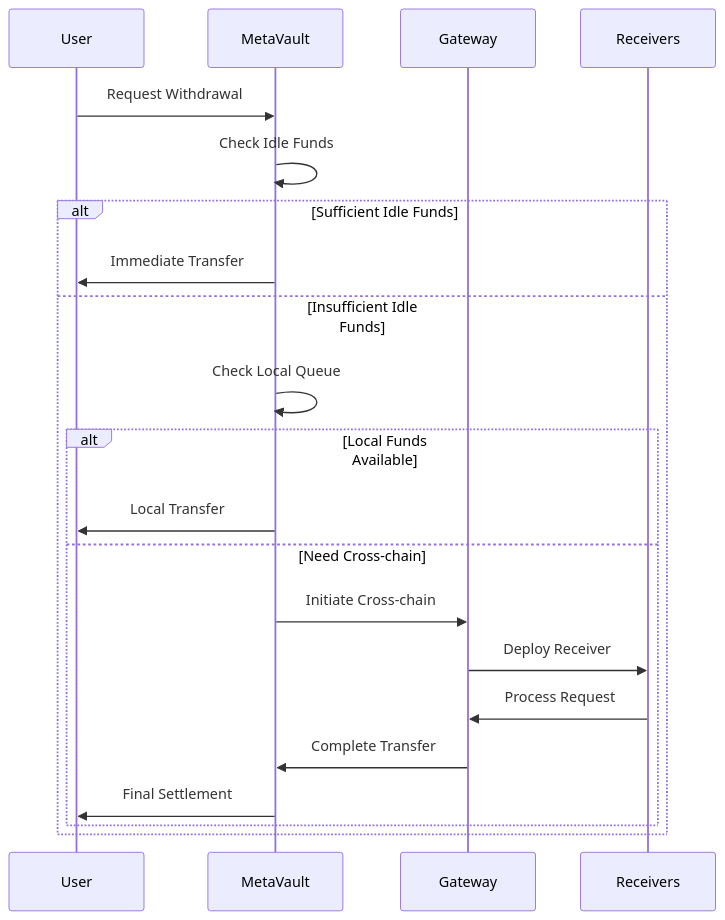
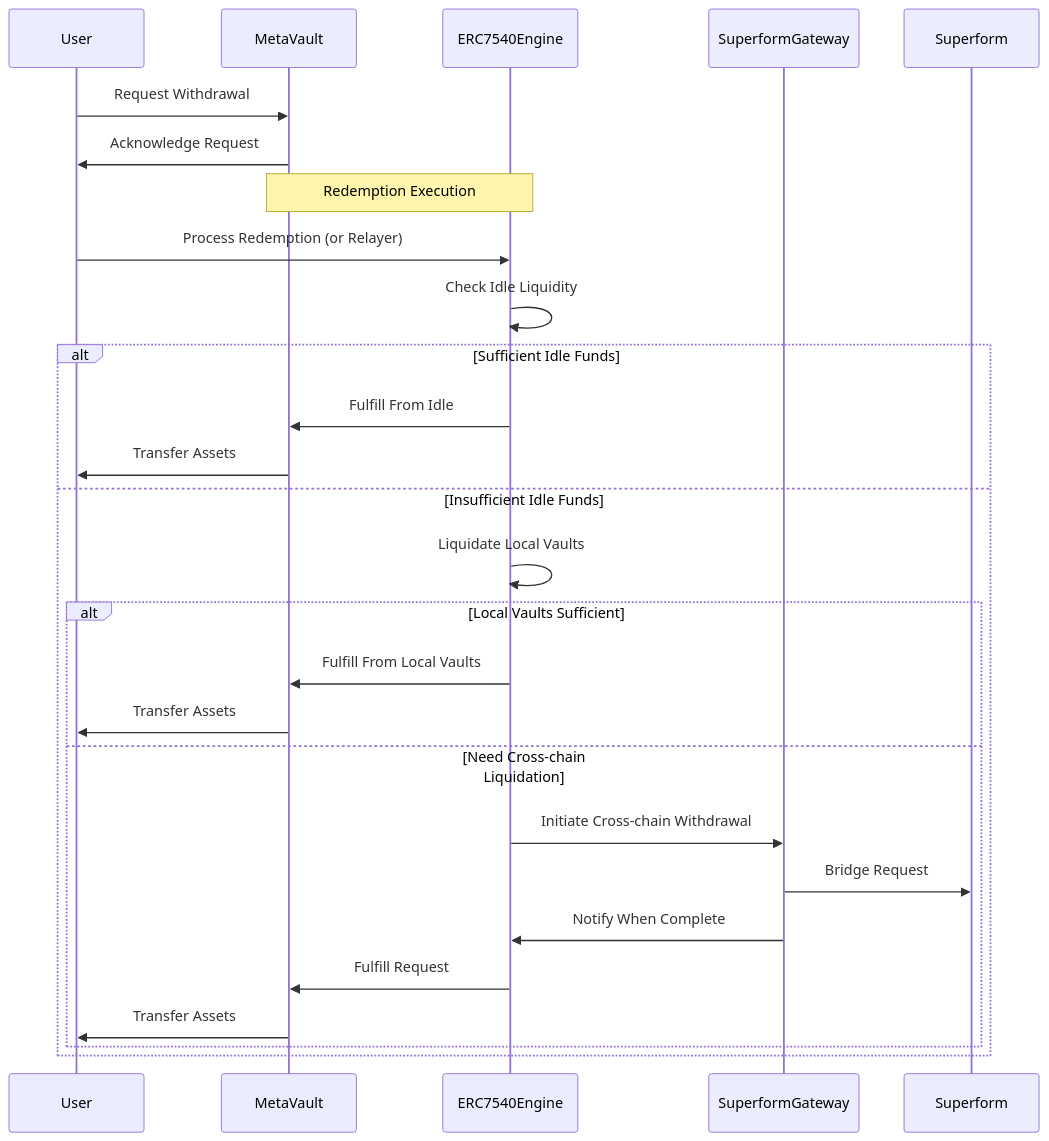
Before and after one commit to VerisLabs/metavault: the second of 2 diagrams in README.md, drawn with Mermaid. The commit also changed other lines of this file and 18 other files, not shown here.

````diff
--- a/README.md
+++ b/README.md
@@ -140,24 +84,32 @@
 ```mermaid
 sequenceDiagram
     participant User
     participant MetaVault
-    participant Gateway
-    participant Receivers
-
+    participant Engine as ERC7540Engine
+    participant Gateway as SuperformGateway
+    
     User->>MetaVault: Request Withdrawal
-    MetaVault->>MetaVault: Check Idle Funds
+    MetaVault->>User: Acknowledge Request
+    
+    Note over MetaVault,Engine: Redemption Execution
+    User->>Engine: Process Redemption (or Relayer)
+    
+    Engine->>Engine: Check Idle Liquidity
+    
     alt Sufficient Idle Funds
-        MetaVault->>User: Immediate Transfer
+        Engine->>MetaVault: Fulfill From Idle
+        MetaVault->>User: Transfer Assets
     else Insufficient Idle Funds
-        MetaVault->>MetaVault: Check Local Queue
-        alt Local Funds Available
-            MetaVault->>User: Local Transfer
-        else Need Cross-chain
-            MetaVault->>Gateway: Initiate Cross-chain
-            Gateway->>Receivers: Deploy Receiver
-            Receivers->>Gateway: Process Request
-            Gateway->>MetaVault: Complete Transfer
-            MetaVault->>User: Final Settlement
+        Engine->>Engine: Liquidate Local Vaults
+        alt Local Vaults Sufficient
+            Engine->>MetaVault: Fulfill From Local Vaults
+            MetaVault->>User: Transfer Assets
+        else Need Cross-chain Liquidation
+            Engine->>Gateway: Initiate Cross-chain Withdrawal
+            Gateway->>Superform: Bridge Request
+            Gateway->>Engine: Notify When Complete
+            Engine->>MetaVault: Fulfill Request
+            MetaVault->>User: Transfer Assets
         end
     end
 ```
````
